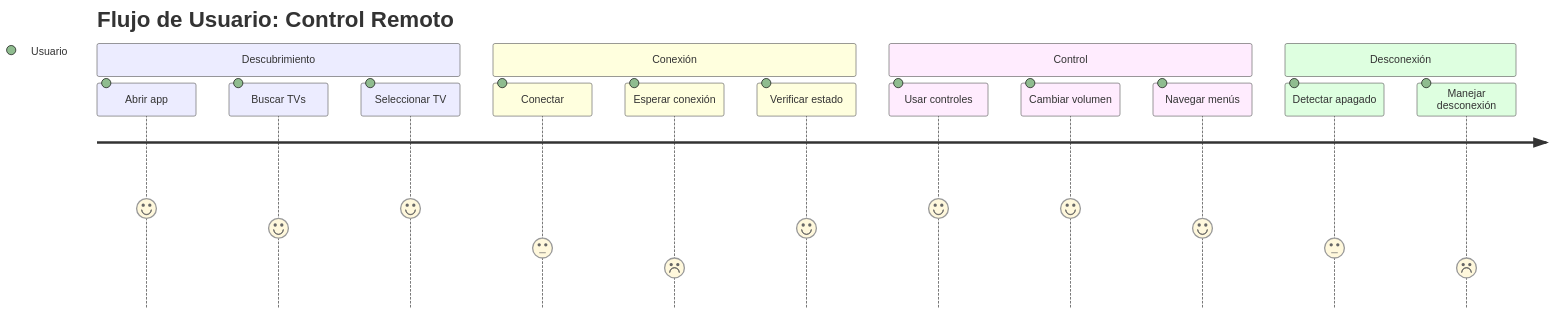
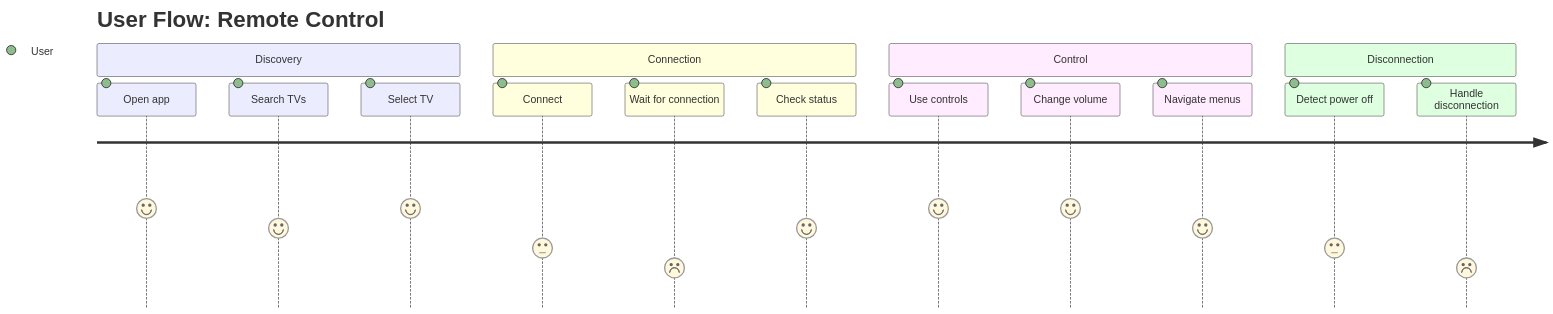
One commit to mazen-salah/Smart-TV-Remote-Control changed the eighth of 10 diagrams in README.md. Above: the diagram before and after it, drawn with Mermaid. The commit also changed other lines of this file, not shown here.

````diff
--- a/README.md
+++ b/README.md
@@ -451,19 +451,19 @@
 ```mermaid
 journey
-    title Flujo de Usuario: Control Remoto
-    section Descubrimiento
-      Abrir app: 5: Usuario
-      Buscar TVs: 4: Usuario
-      Seleccionar TV: 5: Usuario
-    section Conexión
-      Conectar: 3: Usuario
-      Esperar conexión: 2: Usuario
-      Verificar estado: 4: Usuario
+    title User Flow: Remote Control
+    section Discovery
+      Open app: 5: User
+      Search TVs: 4: User
+      Select TV: 5: User
+    section Connection
+      Connect: 3: User
+      Wait for connection: 2: User
+      Check status: 4: User
     section Control
-      Usar controles: 5: Usuario
-      Cambiar volumen: 5: Usuario
-      Navegar menús: 4: Usuario
-    section Desconexión
-      Detectar apagado: 3: Usuario
-      Manejar desconexión: 2: Usuario
+      Use controls: 5: User
+      Change volume: 5: User
+      Navigate menus: 4: User
+    section Disconnection
+      Detect power off: 3: User
+      Handle disconnection: 2: User
 ```
````
